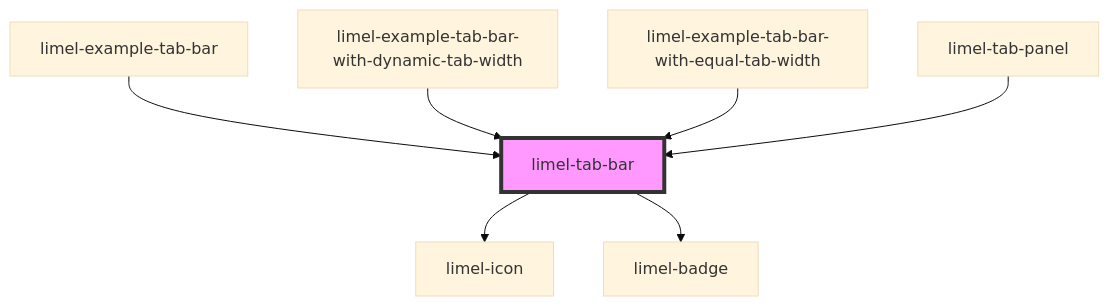
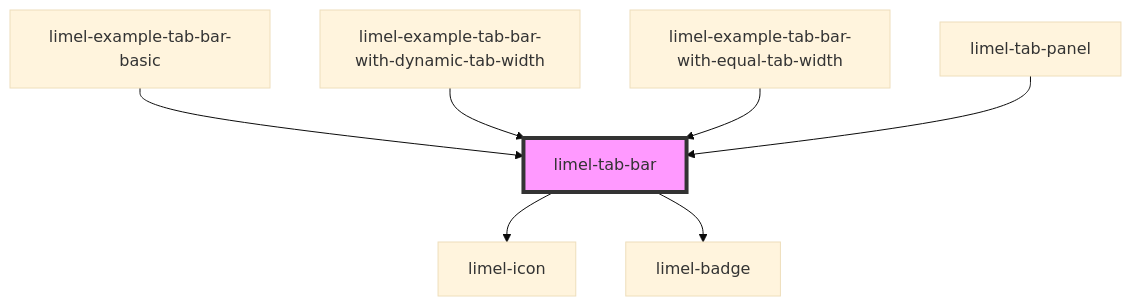
Before and after one commit to Lundalogik/lime-elements: the diagram in versions/PR-3981/markdown-docs/components/tab-bar/readme.md, drawn with Mermaid (base theme). The commit also changed other lines of this file and 211 other files, not shown here.

````diff
--- a/versions/PR-3981/markdown-docs/components/tab-bar/readme.md
+++ b/versions/PR-3981/markdown-docs/components/tab-bar/readme.md
@@ -51,10 +51,10 @@
 ```mermaid
 graph TD;
   limel-tab-bar --> limel-icon
   limel-tab-bar --> limel-badge
-  limel-example-tab-bar --> limel-tab-bar
+  limel-example-tab-bar-basic --> limel-tab-bar
   limel-example-tab-bar-with-dynamic-tab-width --> limel-tab-bar
   limel-example-tab-bar-with-equal-tab-width --> limel-tab-bar
   limel-tab-panel --> limel-tab-bar
   style limel-tab-bar fill:#f9f,stroke:#333,stroke-width:4px
 ```
````
